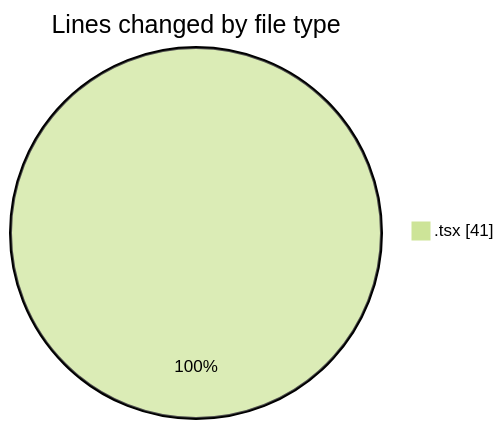
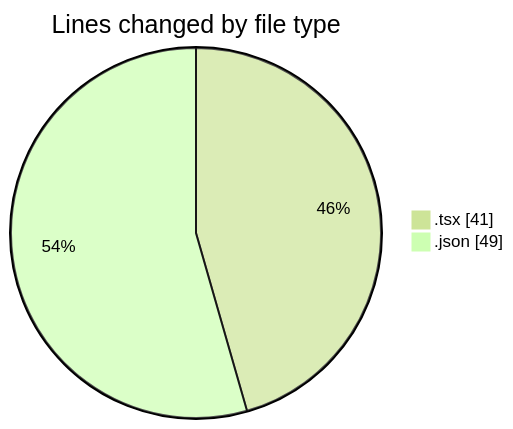
Before and after one commit to momahboobian/code-tracking: the first of 2 diagrams in 2025-09-03/cda/README.md, drawn with Mermaid (forest theme). The commit also changed other lines of this file and 1 other file, not shown here.

````diff
--- a/2025-09-03/cda/README.md
+++ b/2025-09-03/cda/README.md
@@ -24,5 +25,6 @@
 ```mermaid
 pie showData
 title Lines changed by file type
 ".tsx" : 41
+".json" : 49
 ```
````
